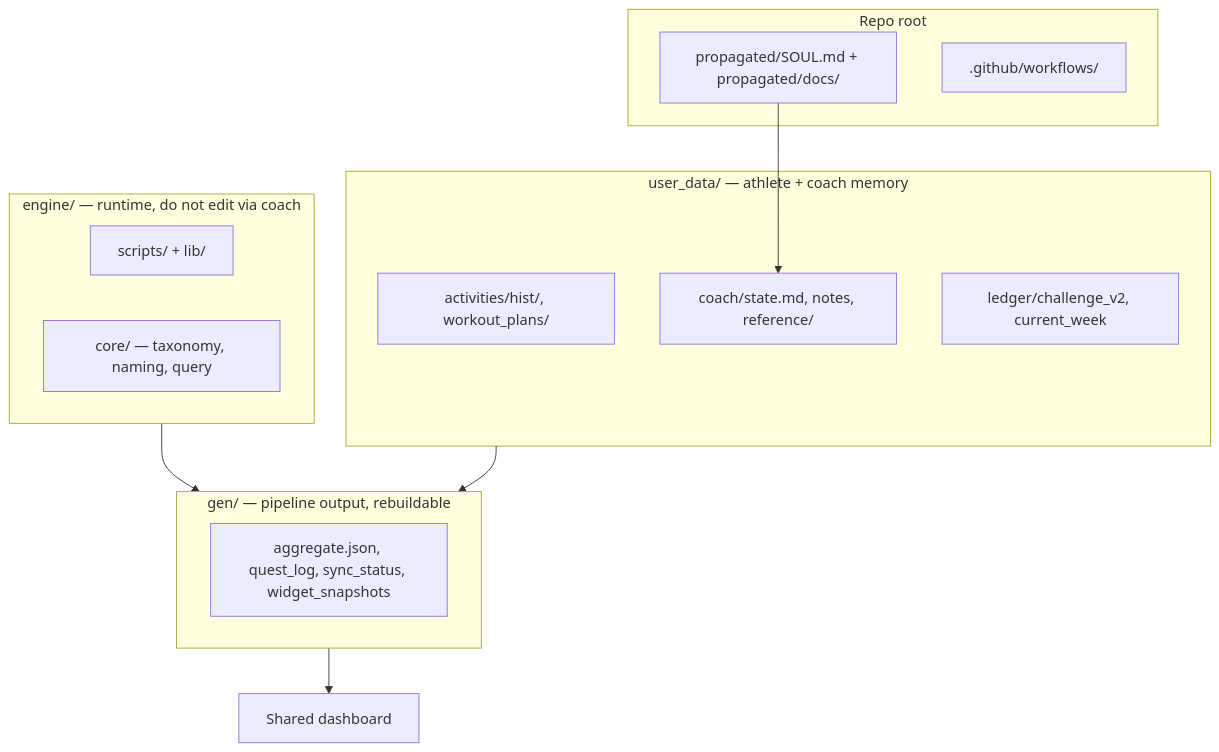
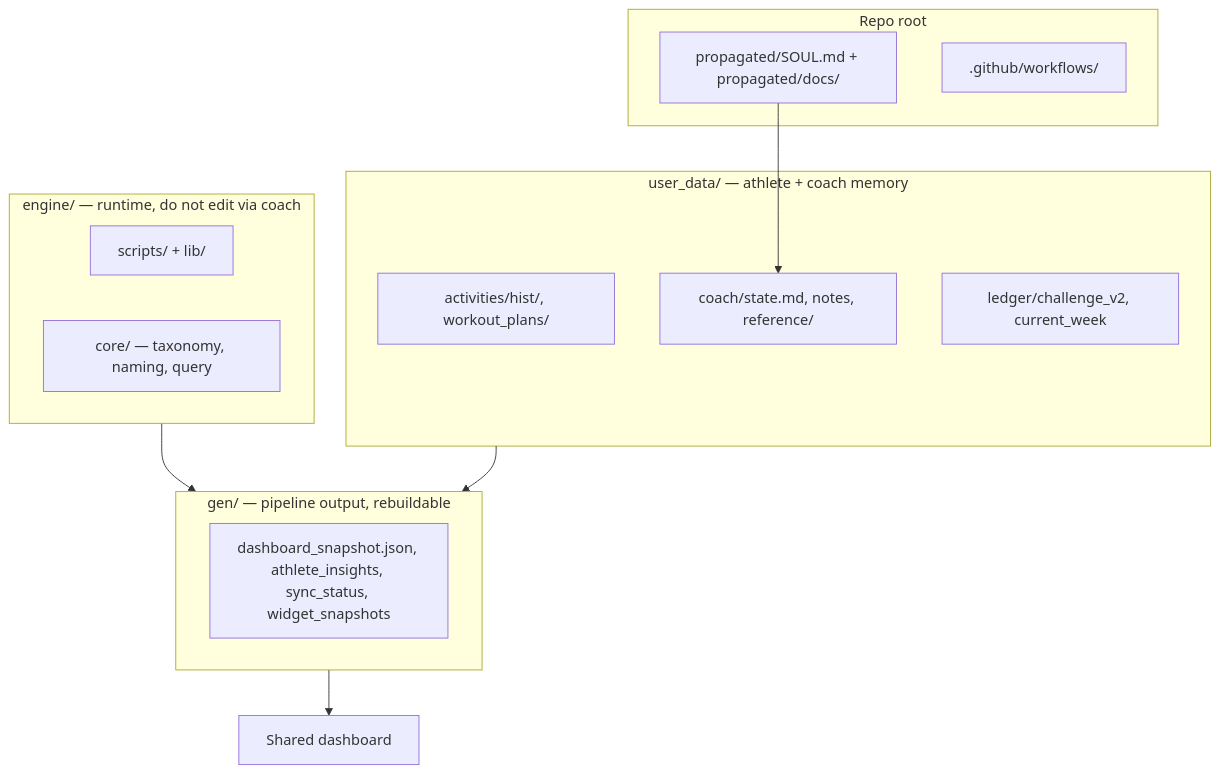
The first of 2 diagrams in docs/eng-docs/skeleton-layout.md (sibling-shipyard/coach-hq), drawn with Mermaid before and after one commit. The commit also changed other lines of this file and 69 other files, not shown here.

Commit message:
core: rebuild dashboard snapshot and add athlete insights

````diff
--- a/docs/eng-docs/skeleton-layout.md
+++ b/docs/eng-docs/skeleton-layout.md
@@ -25,23 +25,23 @@
 ```mermaid
 flowchart TB
   subgraph root["Repo root"]
     soul["propagated/SOUL.md + propagated/docs/"]
     gh[".github/workflows/"]
   end
   subgraph engine["engine/ — runtime, do not edit via coach"]
     scripts["scripts/ + lib/"]
     core["core/ — taxonomy, naming, query"]
   end
   subgraph gen["gen/ — pipeline output, rebuildable"]
-    agg["aggregate.json, quest_log, sync_status, widget_snapshots"]
+    agg["dashboard_snapshot.json, athlete_insights, sync_status, widget_snapshots"]
   end
   subgraph ud["user_data/ — athlete + coach memory"]
     act["activities/hist/, workout_plans/"]
     coach["coach/state.md, notes, reference/"]
     ledger["ledger/challenge_v2, current_week"]
   end
   soul --> coach
   engine --> gen
   ud --> gen
   gen --> dash["Shared dashboard"]
 ```
````
